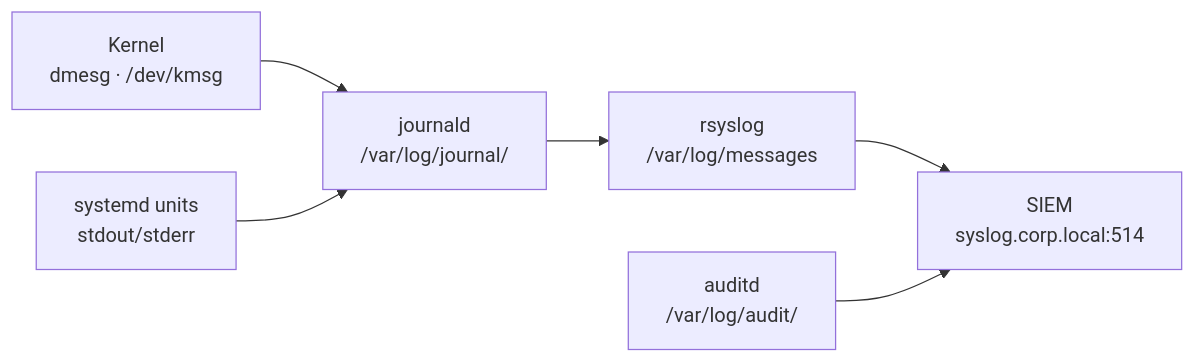
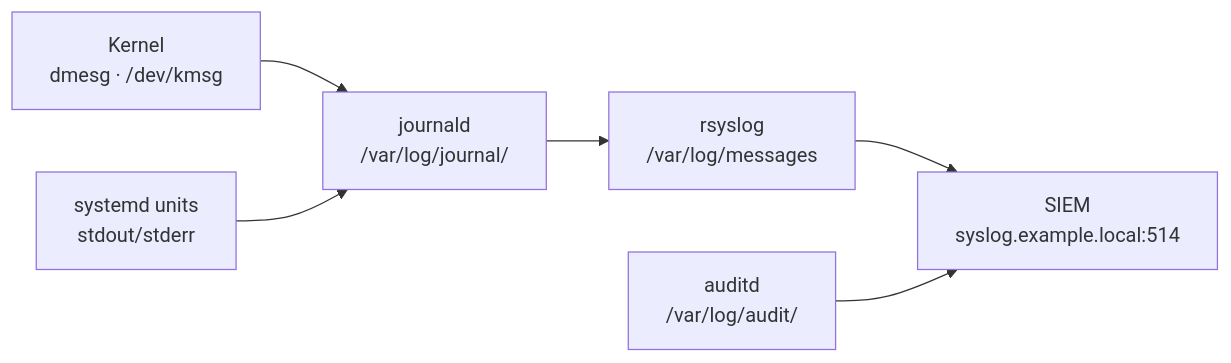
One commit to canast01/chris-kb changed the second of 2 diagrams in docs/compute/linux/operations/health-checks/index.md. Above: the diagram before and after it, drawn with Mermaid. The commit also changed other lines of this file and 163 other files, not shown here.

First line of the commit message:
Replace .corp.local with .example.local across all docs

````diff
--- a/docs/compute/linux/operations/health-checks/index.md
+++ b/docs/compute/linux/operations/health-checks/index.md
@@ -227,14 +227,14 @@
 ```mermaid
 flowchart LR
     kernel["Kernel\ndmesg · /dev/kmsg"]
     systemd["systemd units\nstdout/stderr"]
     journal["journald\n/var/log/journal/"]
     rsyslog["rsyslog\n/var/log/messages"]
     auditd["auditd\n/var/log/audit/"]
-    siem["SIEM\nsyslog.corp.local:514"]
+    siem["SIEM\nsyslog.example.local:514"]
 
     kernel --> journal
     systemd --> journal
     journal --> rsyslog --> siem
     auditd --> siem
 ```
````
